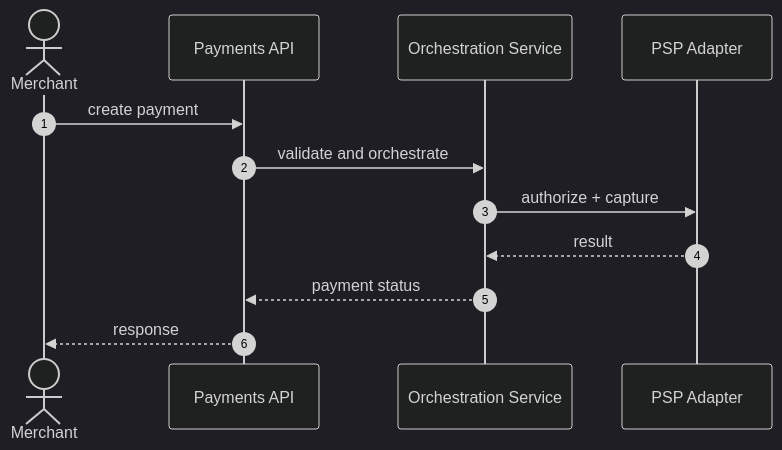
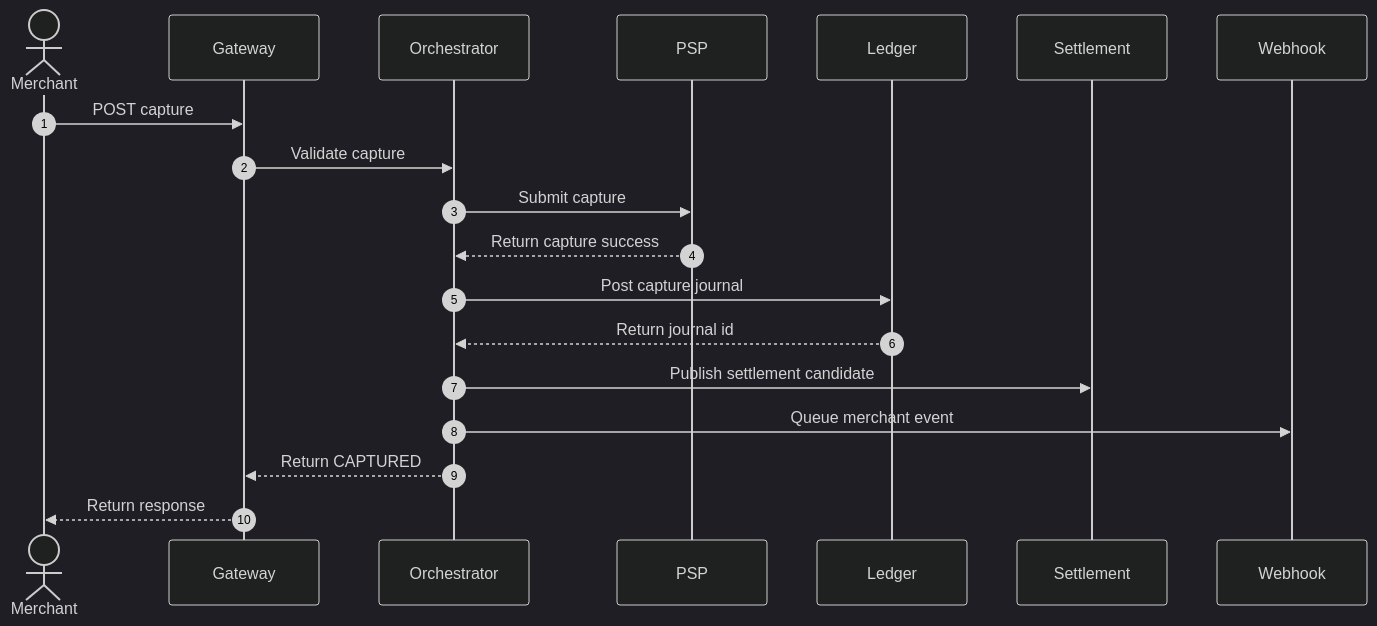
The second of 5 diagrams in Payment Orchestration and Wallet Platform/high-level-design/system-sequence-diagrams.md (0Ankit0/Project-Ideas), drawn with Mermaid (dark theme) before and after one commit. The commit also changed other lines of this file and 15 other files, not shown here.

Commit message:
Update Payment Orchestration and Wallet Platform: analysis docs

````diff
--- a/Payment Orchestration and Wallet Platform/high-level-design/system-sequence-diagrams.md
+++ b/Payment Orchestration and Wallet Platform/high-level-design/system-sequence-diagrams.md
@@ -4,15 +51,22 @@
 ```mermaid
 sequenceDiagram
     autonumber
     actor Merchant
-    participant API as Payments API
-    participant ORCH as Orchestration Service
-    participant PSP as PSP Adapter
+    participant Gateway
+    participant Orchestrator
+    participant PSP
+    participant Ledger
+    participant Settlement
+    participant Webhook
 
-    Merchant->>API: create payment
-    API->>ORCH: validate and orchestrate
-    ORCH->>PSP: authorize + capture
-    PSP-->>ORCH: result
-    ORCH-->>API: payment status
-    API-->>Merchant: response
+    Merchant->>Gateway: POST capture
+    Gateway->>Orchestrator: Validate capture
+    Orchestrator->>PSP: Submit capture
+    PSP-->>Orchestrator: Return capture success
+    Orchestrator->>Ledger: Post capture journal
+    Ledger-->>Orchestrator: Return journal id
+    Orchestrator->>Settlement: Publish settlement candidate
+    Orchestrator->>Webhook: Queue merchant event
+    Orchestrator-->>Gateway: Return CAPTURED
+    Gateway-->>Merchant: Return response
 ```
````
